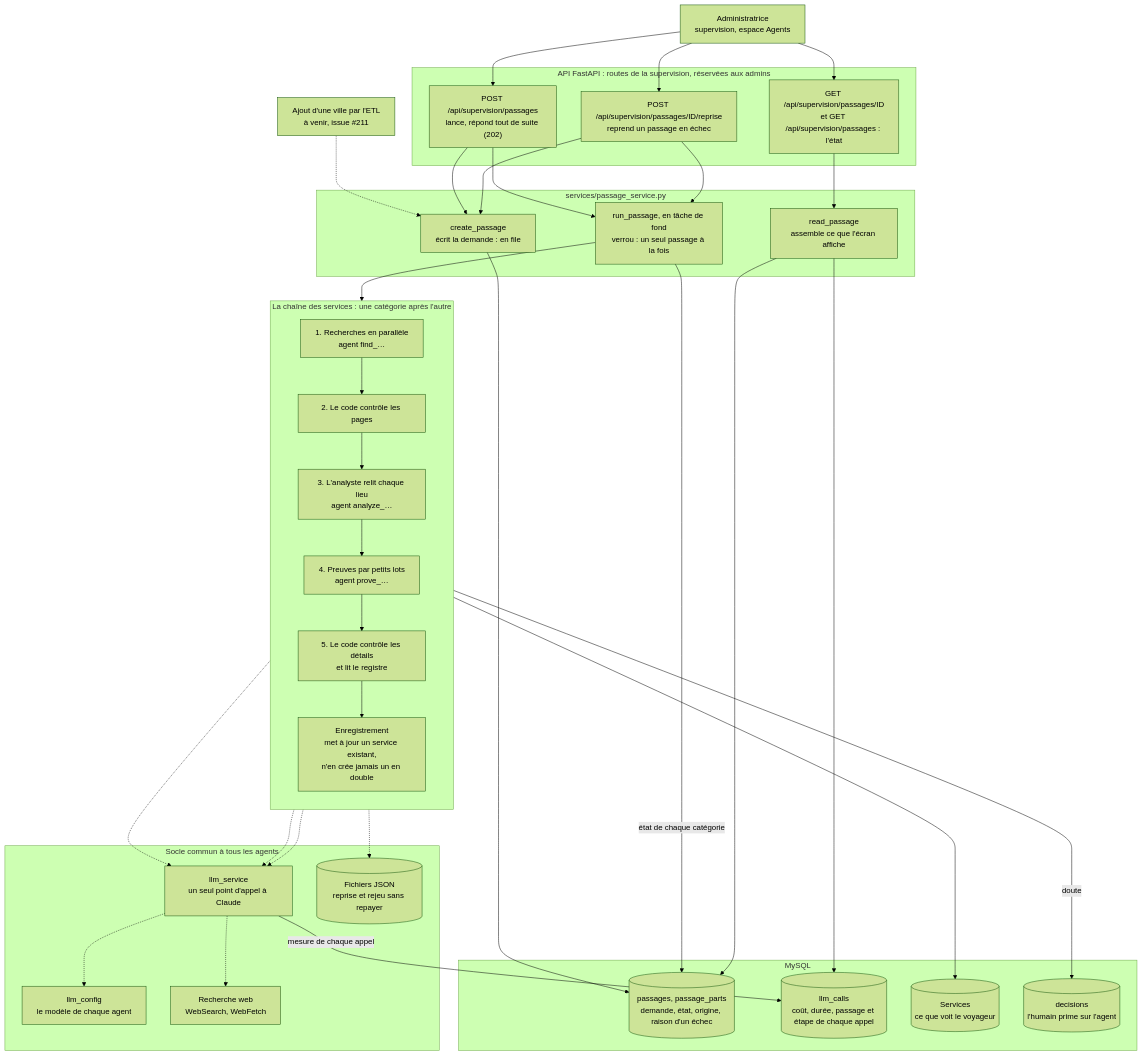
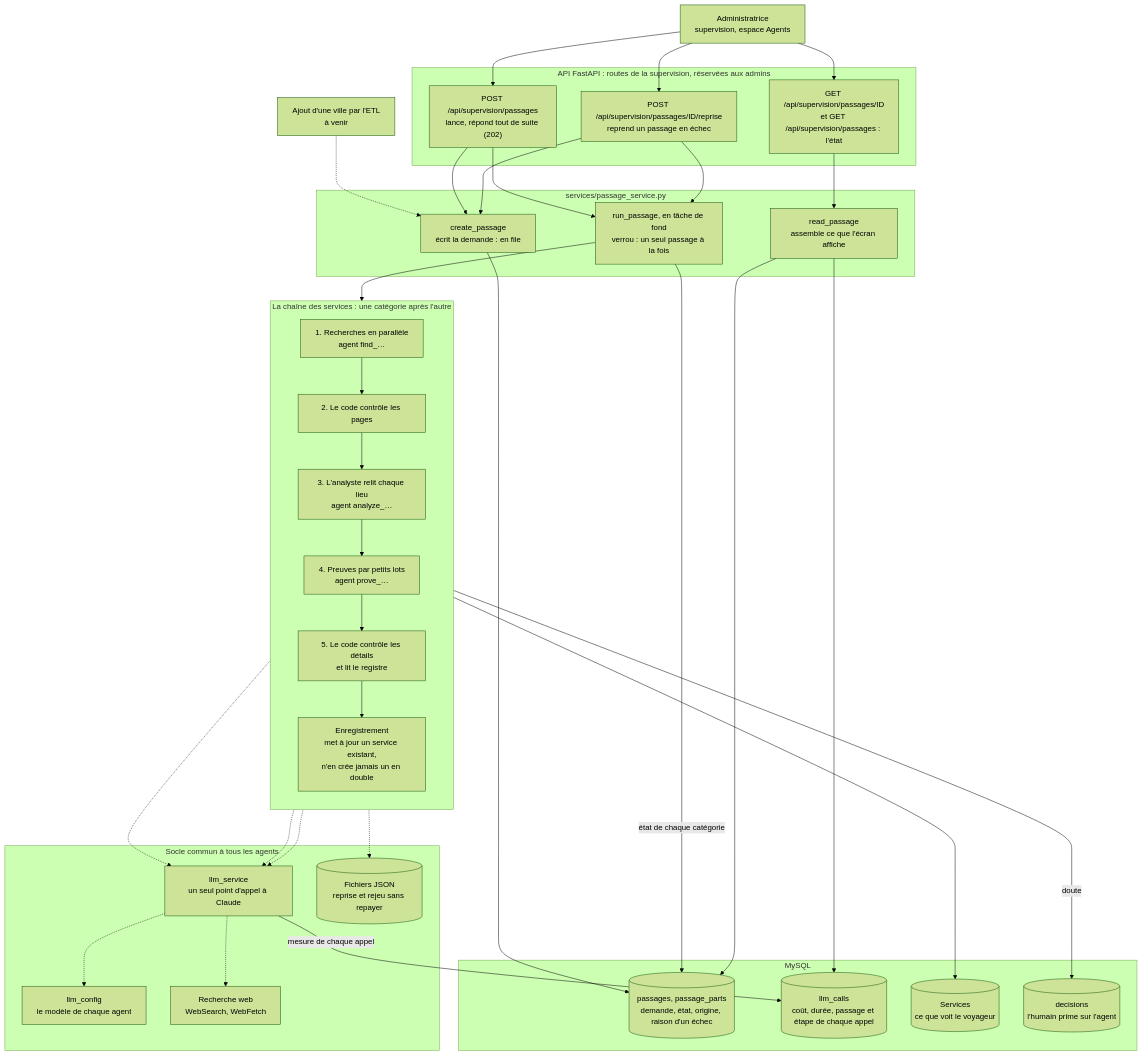
The diagram in docs/architecture_agents.md (natbediee/randovango), drawn with Mermaid (forest theme) before and after one commit. The commit also changed other lines of this file, not shown here.

Commit message:
Issue 204 : le schéma d'architecture ne renvoie plus aux issues ni aux épreuves

````diff
--- a/docs/architecture_agents.md
+++ b/docs/architecture_agents.md
@@ -11,66 +11,66 @@
 ```mermaid
 flowchart TB
     ADMIN["Administratrice<br/>supervision, espace Agents"]
-    ETLV["Ajout d'une ville par l'ETL<br/>à venir, issue #211"]
+    ETLV["Ajout d'une ville par l'ETL<br/>à venir"]
 
     subgraph API["API FastAPI : routes de la supervision, réservées aux admins"]
         POST["POST /api/supervision/passages<br/>lance, répond tout de suite (202)"]
         RESUME["POST /api/supervision/passages/ID/reprise<br/>reprend un passage en échec"]
         GET["GET /api/supervision/passages/ID<br/>et GET /api/supervision/passages : l'état"]
     end
 
     subgraph SVC["services/passage_service.py"]
         CREATE["create_passage<br/>écrit la demande : en file"]
         RUN["run_passage, en tâche de fond<br/>verrou : un seul passage à la fois"]
         READ["read_passage<br/>assemble ce que l'écran affiche"]
     end
 
     subgraph CHAIN["La chaîne des services : une catégorie après l'autre"]
         direction TB
         S1["1. Recherches en parallèle<br/>agent find_…"]
         S2["2. Le code contrôle les pages"]
         S3["3. L'analyste relit chaque lieu<br/>agent analyze_…"]
         S4["4. Preuves par petits lots<br/>agent prove_…"]
         S5["5. Le code contrôle les détails<br/>et lit le registre"]
         STORE["Enregistrement<br/>met à jour un service existant,<br/>n'en crée jamais un en double"]
         S1 --> S2 --> S3 --> S4 --> S5 --> STORE
     end
 
     subgraph COMMON["Socle commun à tous les agents"]
         LLM["llm_service<br/>un seul point d'appel à Claude"]
         CONF["llm_config<br/>le modèle de chaque agent"]
         WS["Recherche web<br/>WebSearch, WebFetch"]
         TRACE[("Fichiers JSON<br/>reprise et rejeu sans repayer")]
     end
 
     subgraph DB["MySQL"]
         PASS[("passages, passage_parts<br/>demande, état, origine, raison d'un échec")]
         CALLS[("llm_calls<br/>coût, durée, passage et étape de chaque appel")]
         SERV[("Services<br/>ce que voit le voyageur")]
         DEC[("decisions<br/>l'humain prime sur l'agent")]
     end
 
     ADMIN --> POST
     ADMIN --> RESUME
     ADMIN --> GET
     ETLV -.-> CREATE
     POST --> CREATE
     RESUME --> CREATE
     CREATE --> PASS
     POST --> RUN
     RESUME --> RUN
     RUN --> CHAIN
     RUN -- "état de chaque catégorie" --> PASS
     S1 -.-> LLM
     S3 -.-> LLM
     S4 -.-> LLM
     LLM -.-> CONF
     LLM -.-> WS
     LLM -- "mesure de chaque appel" --> CALLS
     CHAIN -.-> TRACE
     STORE --> SERV
     S3 -- "doute" --> DEC
     GET --> READ
     READ --> PASS
     READ --> CALLS
 ```
````
